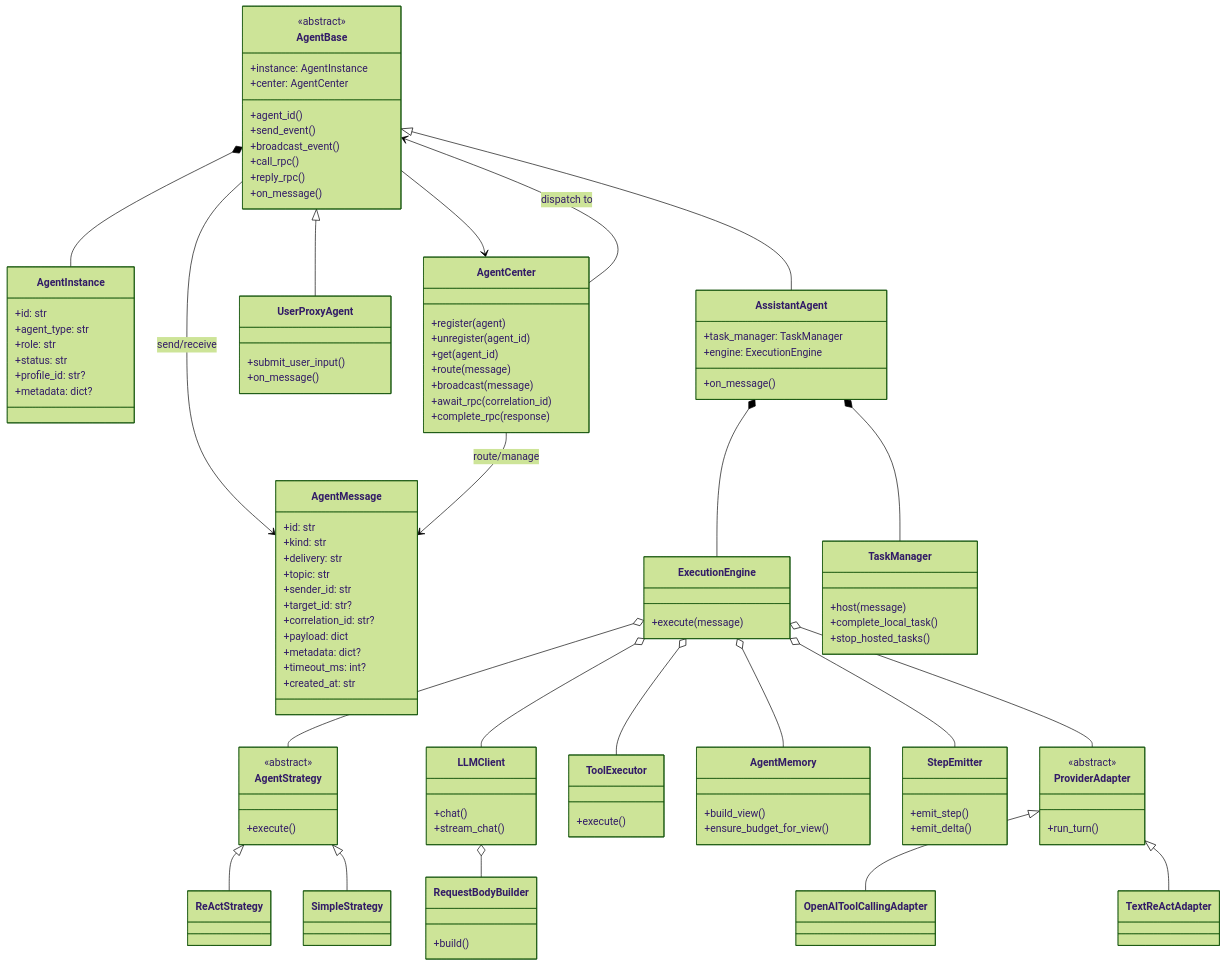
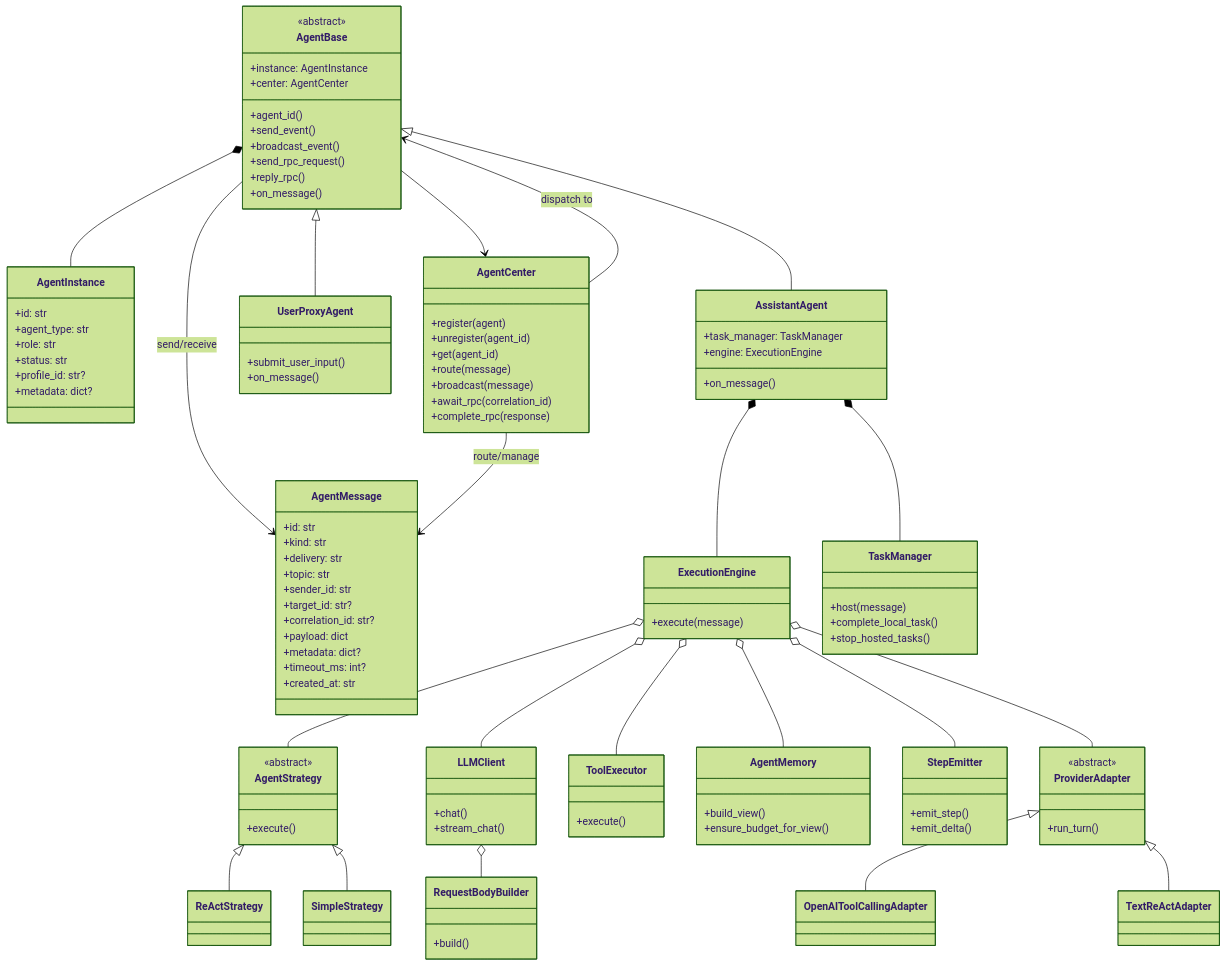
One commit to TonyXieXie/AgentPractice changed the first of 2 diagrams in tauri-agent-next/docs/agent-message-center-design.md. Above: the diagram before and after it, drawn with Mermaid (forest theme). The commit also changed other lines of this file and 6 other files, not shown here.

```diff
--- a/tauri-agent-next/docs/agent-message-center-design.md
+++ b/tauri-agent-next/docs/agent-message-center-design.md
@@ -507,7 +508,7 @@
   +agent_id()
   +send_event()
   +broadcast_event()
-  +call_rpc()
+  +send_rpc_request()
   +reply_rpc()
   +on_message()
 }
```
